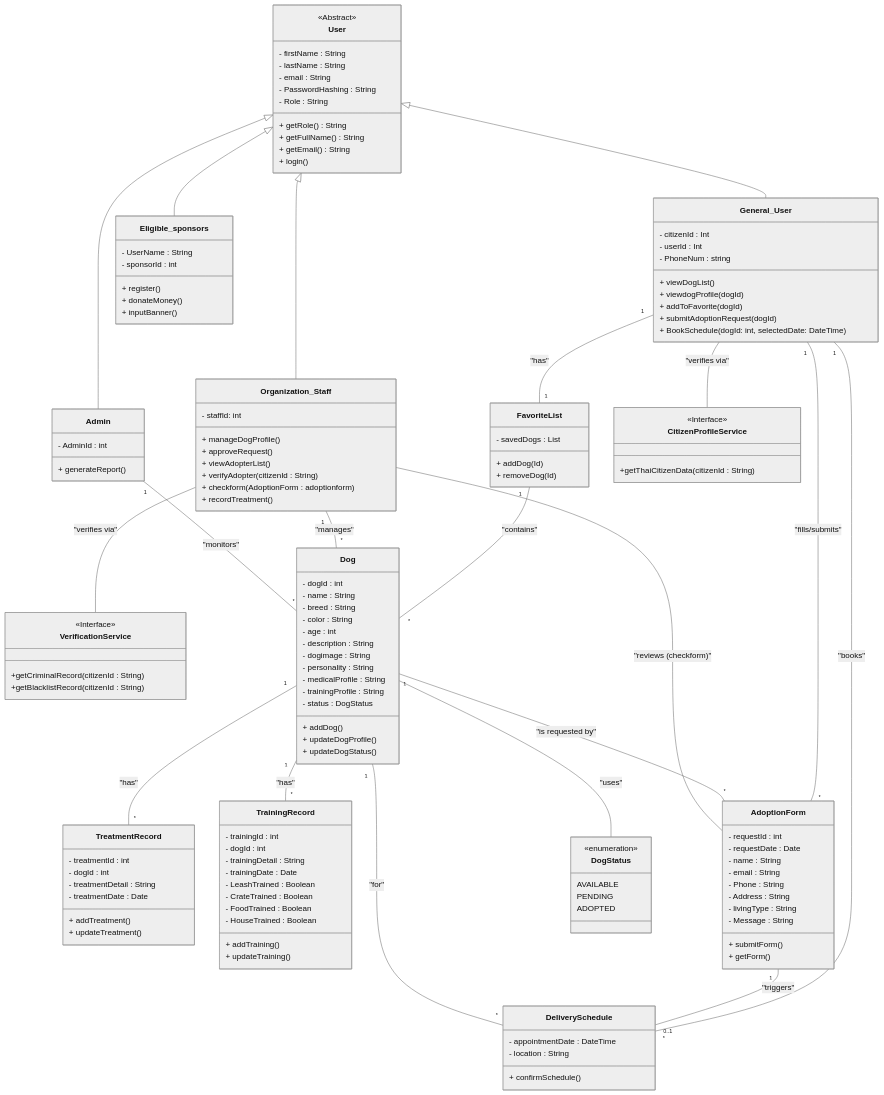
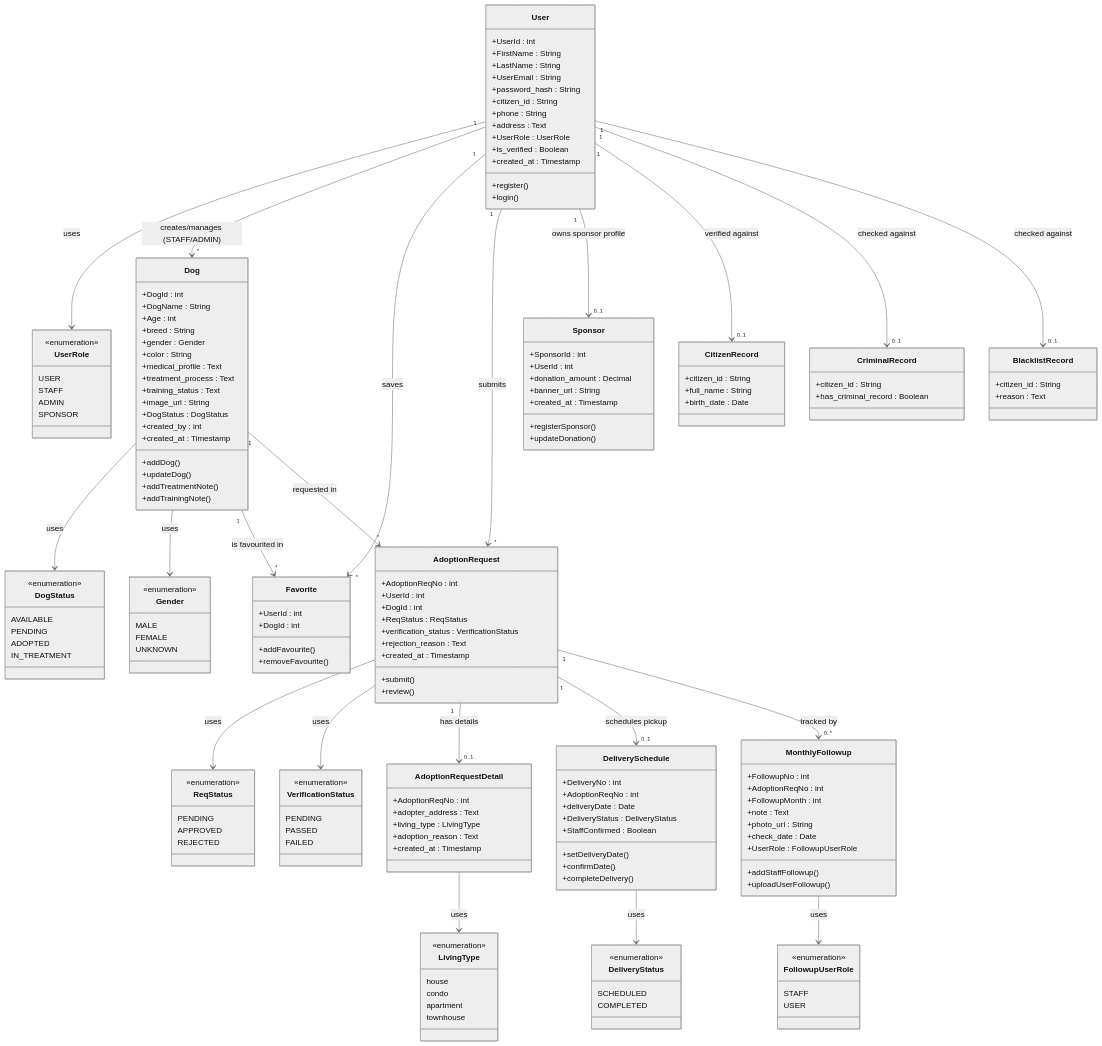
Before and after one commit to maomidmao/2025-ITCS383-JITNONGNOOONG: the ninth of 9 diagrams in designs/JITNONGNOONG_D1_Design.md, drawn with Mermaid (neutral theme).

Commit message:
Update D1_classdiagram

````diff
--- a/designs/JITNONGNOONG_D1_Design.md
+++ b/designs/JITNONGNOONG_D1_Design.md
@@ -484,180 +484,197 @@
 ```mermaid
 classDiagram
 direction TB
-   class User {
-       <<Abstract>>
-       - firstName : String
-       - lastName : String
-       - email : String
-       - PasswordHashing : String
-       - Role : String
-       + getRole() String
-       + getFullName() String
-       + getEmail() String
-       + login()
-   }
+    class User {
+        +UserId : int
+        +FirstName : String
+        +LastName : String
+        +UserEmail : String
+        +password_hash : String
+        +citizen_id : String
+        +phone : String
+        +address : Text
+        +UserRole : UserRole
+        +is_verified : Boolean
+        +created_at : Timestamp
+        +register()
+        +login()
+    }
 
+    class UserRole {
+        <<enumeration>>
+        USER
+        STAFF
+        ADMIN
+        SPONSOR
+    }
 
-   class Admin {
-       - AdminId : int
-       + generateReport()
-   }
+    class Dog {
+        +DogId : int
+        +DogName : String
+        +Age : int
+        +breed : String
+        +gender : Gender
+        +color : String
+        +medical_profile : Text
+        +treatment_process : Text
+        +training_status : Text
+        +image_url : String
+        +DogStatus : DogStatus
+        +created_by : int
+        +created_at : Timestamp
+        +addDog()
+        +updateDog()
+        +addTreatmentNote()
+        +addTrainingNote()
+    }
 
+    class Gender {
+        <<enumeration>>
+        MALE
+        FEMALE
+        UNKNOWN
+    }
 
-   class Organization_Staff {
-       - staffId: int
-       + manageDogProfile()
-       + approveRequest()
-       + viewAdopterList()
-       + verifyAdopter(citizenId : String)
-       + checkform(AdoptionForm : adoptionform)
-       + recordTreatment()
-   }
+    class DogStatus {
+        <<enumeration>>
+        AVAILABLE
+        PENDING
+        ADOPTED
+        IN_TREATMENT
+    }
 
+    class Favorite {
+        +UserId : int
+        +DogId : int
+        +addFavourite()
+        +removeFavourite()
+    }
 
-   class General_User {
-       - citizenId : Int
-       - userId : Int
-       - PhoneNum : string
-       + viewDogList()
-       + viewdogProfile(dogId)
-       + addToFavorite(dogId)
-       + submitAdoptionRequest(dogId)
-       + BookSchedule(dogId: int, selectedDate: DateTime)
-   }
+    class AdoptionRequest {
+        +AdoptionReqNo : int
+        +UserId : int
+        +DogId : int
+        +ReqStatus : ReqStatus
+        +verification_status : VerificationStatus
+        +rejection_reason : Text
+        +created_at : Timestamp
+        +submit()
+        +review()
+    }
 
+    class AdoptionRequestDetail {
+        +AdoptionReqNo : int
+        +adopter_address : Text
+        +living_type : LivingType
+        +adoption_reason : Text
+        +created_at : Timestamp
+    }
 
-   class Eligible_sponsors {
-       - UserName : String
-       - sponsorId : int
-       + register()
-       + donateMoney()
-       + inputBanner()
-   }
+    class LivingType {
+        <<enumeration>>
+        house
+        condo
+        apartment
+        townhouse
+    }
 
+    class ReqStatus {
+        <<enumeration>>
+        PENDING
+        APPROVED
+        REJECTED
+    }
 
-   class DeliverySchedule {
-       - appointmentDate : DateTime
-       - location : String
-       + confirmSchedule()
-   }
+    class VerificationStatus {
+        <<enumeration>>
+        PENDING
+        PASSED
+        FAILED
+    }
 
+    class DeliverySchedule {
+        +DeliveryNo : int
+        +AdoptionReqNo : int
+        +deliveryDate : Date
+        +DeliveryStatus : DeliveryStatus
+        +StaffConfirmed : Boolean
+        +setDeliveryDate()
+        +confirmDate()
+        +completeDelivery()
+    }
 
-   class FavoriteList {
-       - savedDogs : List
-       + addDog(Id)
-       + removeDog(Id)
-   }
+    class DeliveryStatus {
+        <<enumeration>>
+        SCHEDULED
+        COMPLETED
+    }
 
+    class MonthlyFollowup {
+        +FollowupNo : int
+        +AdoptionReqNo : int
+        +FollowupMonth : int
+        +note : Text
+        +photo_url : String
+        +check_date : Date
+        +UserRole : FollowupUserRole
+        +addStaffFollowup()
+        +uploadUserFollowup()
+    }
 
-   class TreatmentRecord {
-       - treatmentId : int
-       - dogId : int
-       - treatmentDetail : String
-       - treatmentDate : Date
-       + addTreatment()
-       + updateTreatment()
-   }
+    class FollowupUserRole {
+        <<enumeration>>
+        STAFF
+        USER
+    }
 
+    class Sponsor {
+        +SponsorId : int
+        +UserId : int
+        +donation_amount : Decimal
+        +banner_url : String
+        +created_at : Timestamp
+        +registerSponsor()
+        +updateDonation()
+    }
 
-   class TrainingRecord {
-       - trainingId : int
-       - dogId : int
-       - trainingDetail : String
-       - trainingDate : Date
-       - LeashTrained : Boolean
-       - CrateTrained : Boolean
-       - FoodTrained : Boolean
-       - HouseTrained : Boolean
-       + addTraining()
-       + updateTraining()
-   }
+    class CitizenRecord {
+        +citizen_id : String
+        +full_name : String
+        +birth_date : Date
+    }
 
+    class CriminalRecord {
+        +citizen_id : String
+        +has_criminal_record : Boolean
+    }
 
-   class AdoptionForm {
-       - requestId : int
-       - requestDate : Date
-       - name : String
-       - email : String
-       - Phone : String
-       - Address : String
-       - livingType : String
-       - Message : String
-       + submitForm()
-       + getForm()
-   }
+    class BlacklistRecord {
+        +citizen_id : String
+        +reason : Text
+    }
 
+    User --> UserRole : uses
+    Dog --> DogStatus : uses
+    Dog --> Gender : uses
+    AdoptionRequest --> ReqStatus : uses
+    AdoptionRequest --> VerificationStatus : uses
+    AdoptionRequestDetail --> LivingType : uses
+    DeliverySchedule --> DeliveryStatus : uses
+    MonthlyFollowup --> FollowupUserRole : uses
 
-   class CitizenProfileService {
-       <<Interface>>
-       +getThaiCitizenData(citizenId : String)
-   }
+    User "1" --> "*" Dog : creates/manages (STAFF/ADMIN)
+    User "1" --> "*" Favorite : saves
+    Dog "1" --> "*" Favorite : is favourited in
 
+    User "1" --> "*" AdoptionRequest : submits
+    Dog "1" --> "*" AdoptionRequest : requested in
+    AdoptionRequest "1" --> "0..1" AdoptionRequestDetail : has details
+    AdoptionRequest "1" --> "0..1" DeliverySchedule : schedules pickup
+    AdoptionRequest "1" --> "0..*" MonthlyFollowup : tracked by
 
-   class VerificationService {
-       <<Interface>>
-       +getCriminalRecord(citizenId : String)
-       +getBlacklistRecord(citizenId : String)
-   }
+    User "1" --> "0..1" Sponsor : owns sponsor profile
 
-
-   class Dog {
-       - dogId : int
-       - name : String
-       - breed : String
-       - color : String
-       - age : int
-       - description : String
-       - dogimage : String
-       - personality : String
-       - medicalProfile : String
-       - trainingProfile : String
-       - status : DogStatus
-       + addDog()
-       + updateDogProfile()
-       + updateDogStatus()
-   }
-
-
-   class DogStatus {
-       <<enumeration>>
-       AVAILABLE
-       PENDING
-       ADOPTED
-   }
-
-
-
-
-
-
-   User <|-- Admin
-   User <|-- Organization_Staff
-   User <|-- General_User
-   User <|-- Eligible_sponsors
-
-
-   General_User "1" -- "*" AdoptionForm : "fills/submits"
-   General_User "1" -- "1" FavoriteList : "has"
-   General_User "1" -- "*" DeliverySchedule : "books"
-   AdoptionForm "1" -- "0..1" DeliverySchedule : "triggers"
-
-
-   Dog "1" -- "*" TreatmentRecord : "has"
-   Dog "1" -- "*" TrainingRecord : "has"
-   Dog "1" -- "*" AdoptionForm : "is requested by"
-
-
-   FavoriteList "1" -- "*" Dog : "contains"
-   DeliverySchedule "*" -- "1" Dog : "for"
-
-
-   Organization_Staff "1" -- "*" Dog : "manages"
-   Organization_Staff -- AdoptionForm : "reviews (checkform)"
-
-
-   Admin "1" -- "*" Dog : "monitors"
-   Dog -- DogStatus : "uses"
-   General_User -- CitizenProfileService : "verifies via"
-   Organization_Staff -- VerificationService : "verifies via"
+    User "1" --> "0..1" CitizenRecord : verified against
+    User "1" --> "0..1" CriminalRecord : checked against
+    User "1" --> "0..1" BlacklistRecord : checked against
 ```
````
